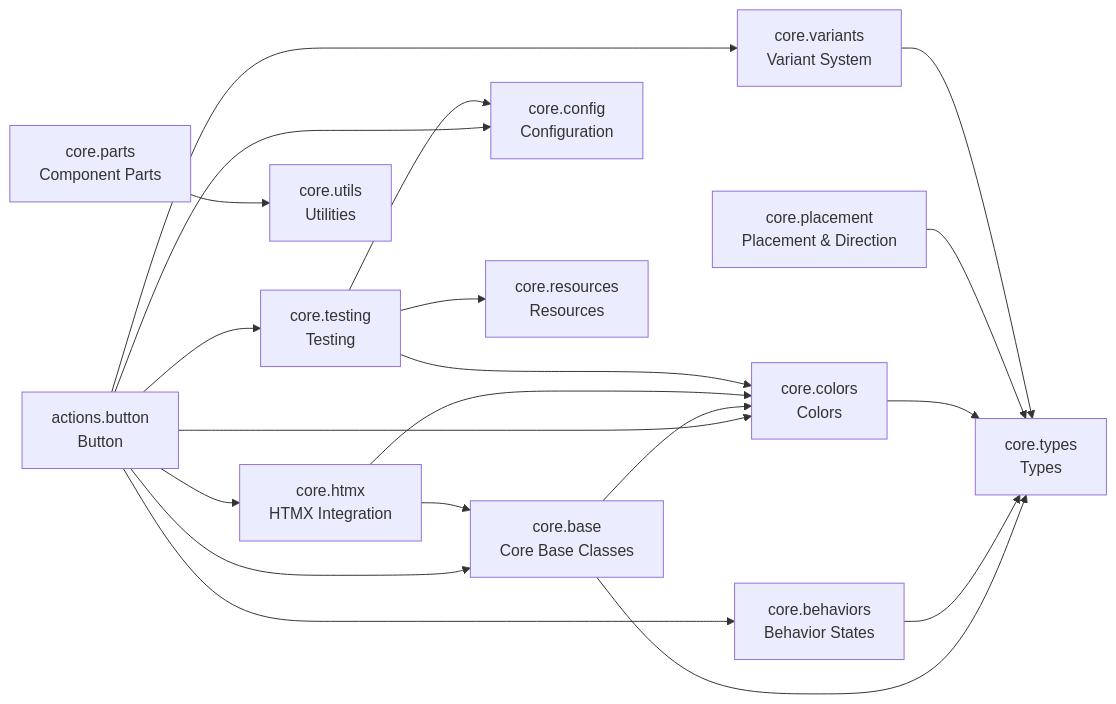
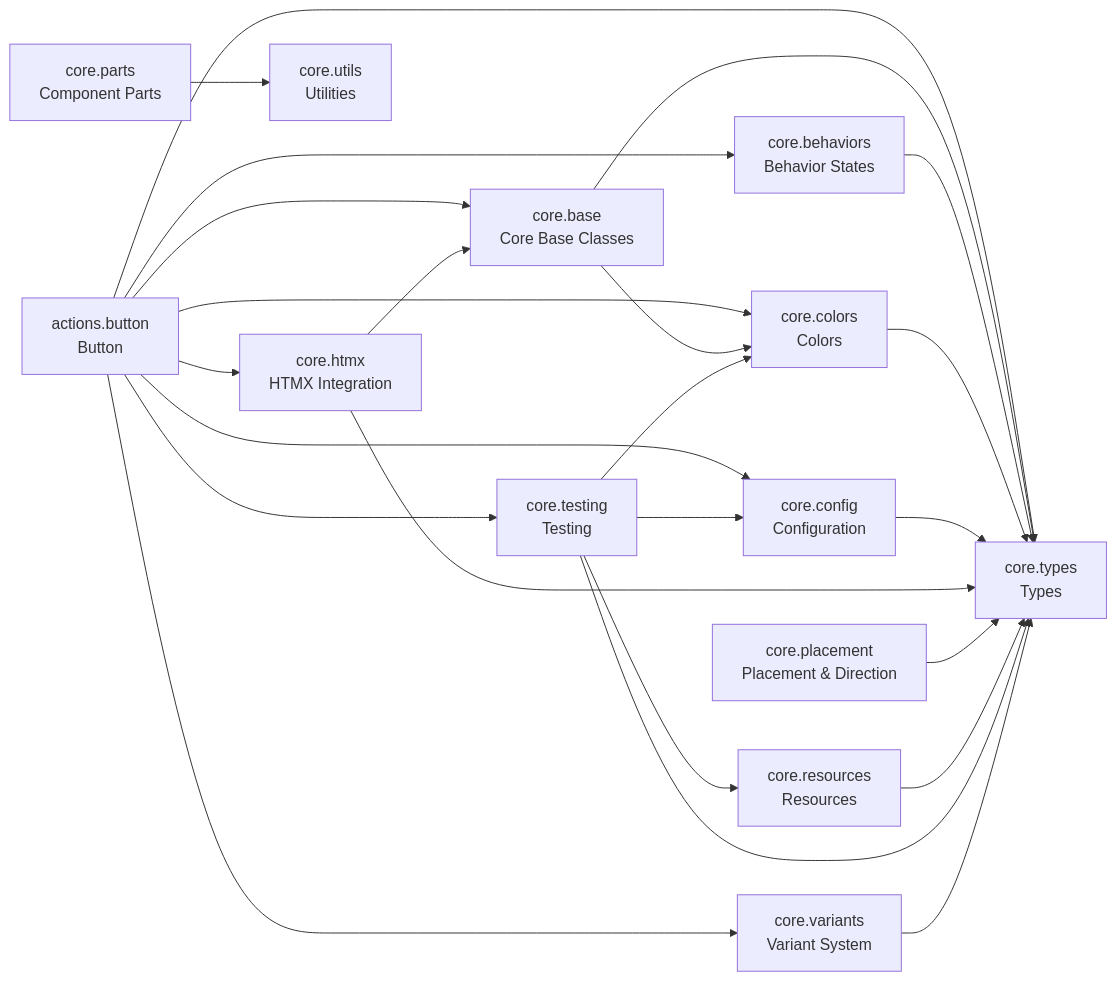
One commit to cj-mills/cjm-fasthtml-daisyui changed the diagram in README.md. Above: the diagram before and after it, drawn with Mermaid. The commit also changed other lines of this file and 23 other files, not shown here.

````diff
--- a/README.md
+++ b/README.md
@@ -45,36 +45,40 @@
 ``` mermaid
 graph LR
     actions_button[actions.button<br/>Button]
     core_base[core.base<br/>Core Base Classes]
     core_behaviors[core.behaviors<br/>Behavior States]
     core_colors[core.colors<br/>Colors]
     core_config[core.config<br/>Configuration]
     core_htmx[core.htmx<br/>HTMX Integration]
     core_parts[core.parts<br/>Component Parts]
     core_placement[core.placement<br/>Placement & Direction]
     core_resources[core.resources<br/>Resources]
     core_testing[core.testing<br/>Testing]
     core_types[core.types<br/>Types]
     core_utils[core.utils<br/>Utilities]
     core_variants[core.variants<br/>Variant System]
 
     actions_button --> core_colors
     actions_button --> core_variants
+    actions_button --> core_types
+    actions_button --> core_htmx
+    actions_button --> core_testing
     actions_button --> core_base
+    actions_button --> core_behaviors
     actions_button --> core_config
-    actions_button --> core_htmx
-    actions_button --> core_behaviors
-    actions_button --> core_testing
+    core_base --> core_types
     core_base --> core_colors
-    core_base --> core_types
     core_behaviors --> core_types
     core_colors --> core_types
-    core_htmx --> core_colors
+    core_config --> core_types
+    core_htmx --> core_types
     core_htmx --> core_base
     core_parts --> core_utils
     core_placement --> core_types
-    core_testing --> core_colors
+    core_resources --> core_types
     core_testing --> core_config
     core_testing --> core_resources
+    core_testing --> core_types
+    core_testing --> core_colors
     core_variants --> core_types
 ```
````
